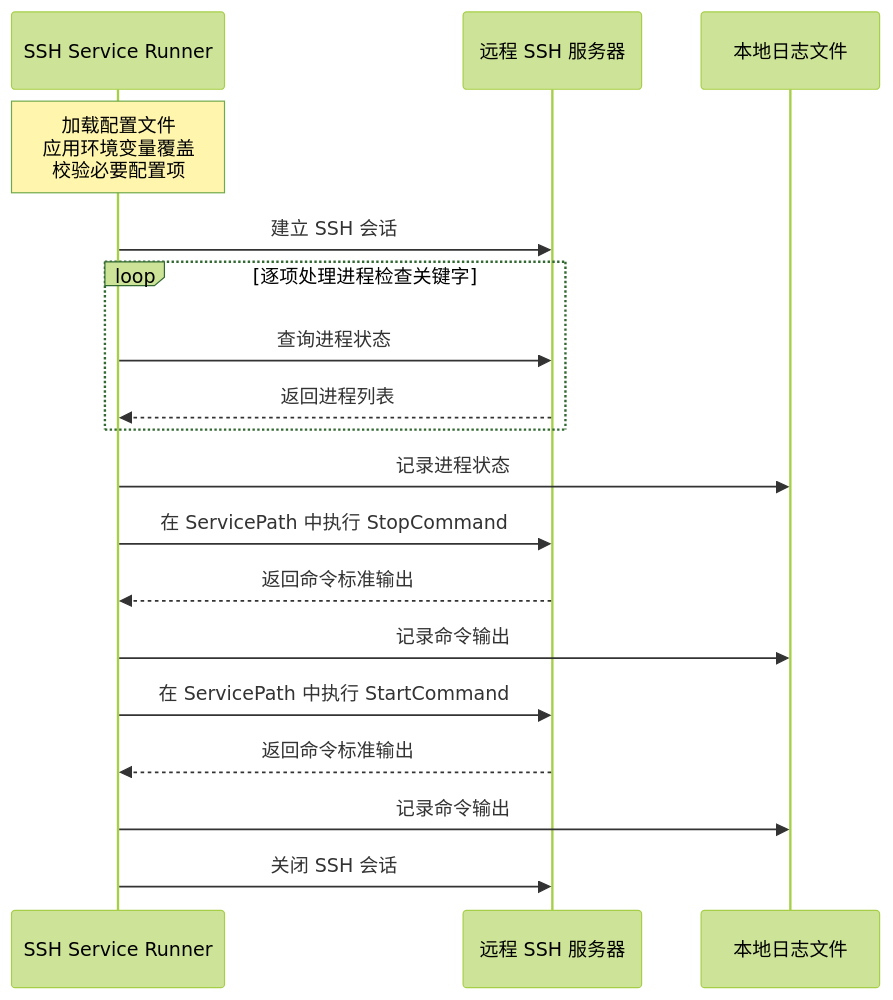
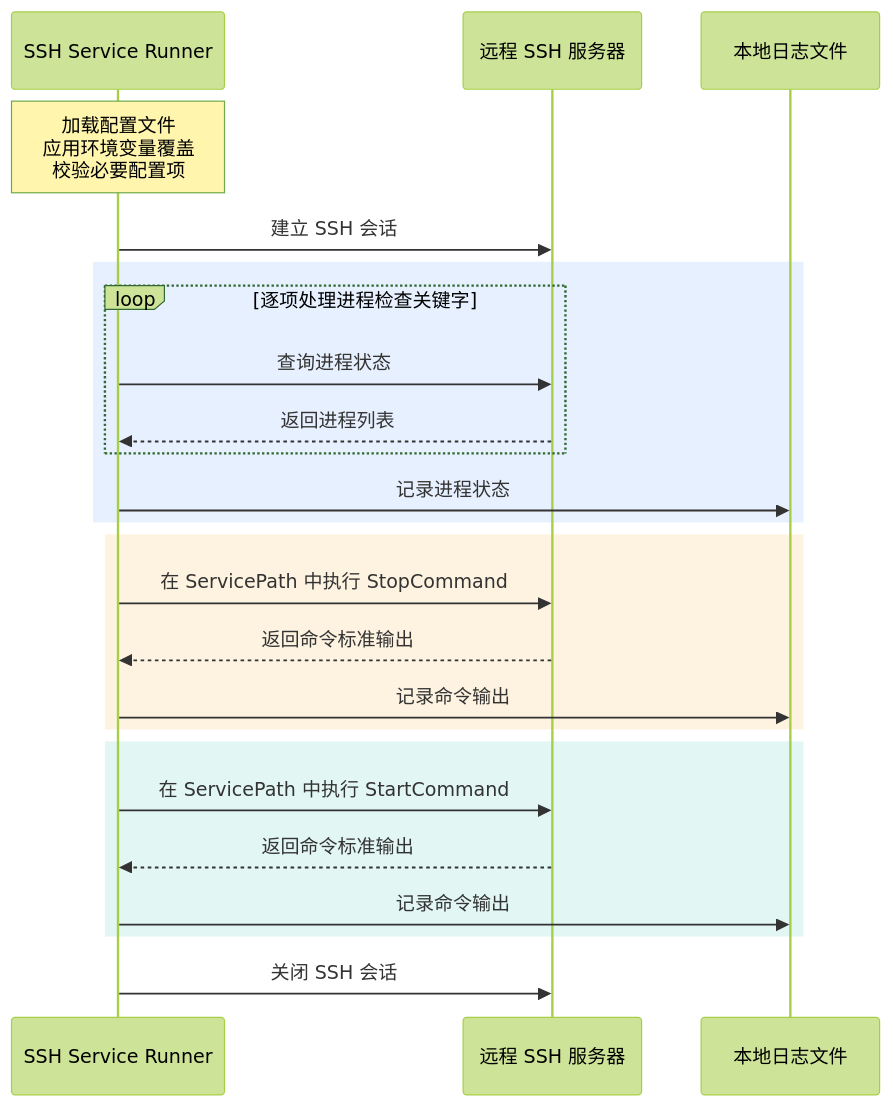
The diagram in README.zh-CN.md (Todayos/WinExcSSH), drawn with Mermaid (forest theme) before and after one commit. The commit also changed other lines of this file and 1 other file, not shown here.

````diff
--- a/README.zh-CN.md
+++ b/README.zh-CN.md
@@ -9,21 +24,27 @@
 ```mermaid
 sequenceDiagram
     participant Runner as SSH Service Runner
     participant Host as 远程 SSH 服务器
     participant Log as 本地日志文件
 
     Note over Runner: 加载配置文件<br/>应用环境变量覆盖<br/>校验必要配置项
     Runner->>Host: 建立 SSH 会话
-    loop 逐项处理进程检查关键字
-        Runner->>Host: 查询进程状态
-        Host-->>Runner: 返回进程列表
+    rect rgba(59, 130, 246, 0.12)
+        loop 逐项处理进程检查关键字
+            Runner->>Host: 查询进程状态
+            Host-->>Runner: 返回进程列表
+        end
+        Runner->>Log: 记录进程状态
     end
-    Runner->>Log: 记录进程状态
-    Runner->>Host: 在 ServicePath 中执行 StopCommand
-    Host-->>Runner: 返回命令标准输出
-    Runner->>Log: 记录命令输出
-    Runner->>Host: 在 ServicePath 中执行 StartCommand
-    Host-->>Runner: 返回命令标准输出
-    Runner->>Log: 记录命令输出
+    rect rgba(245, 158, 11, 0.12)
+        Runner->>Host: 在 ServicePath 中执行 StopCommand
+        Host-->>Runner: 返回命令标准输出
+        Runner->>Log: 记录命令输出
+    end
+    rect rgba(20, 184, 166, 0.12)
+        Runner->>Host: 在 ServicePath 中执行 StartCommand
+        Host-->>Runner: 返回命令标准输出
+        Runner->>Log: 记录命令输出
+    end
     Runner->>Host: 关闭 SSH 会话
 ```
````
